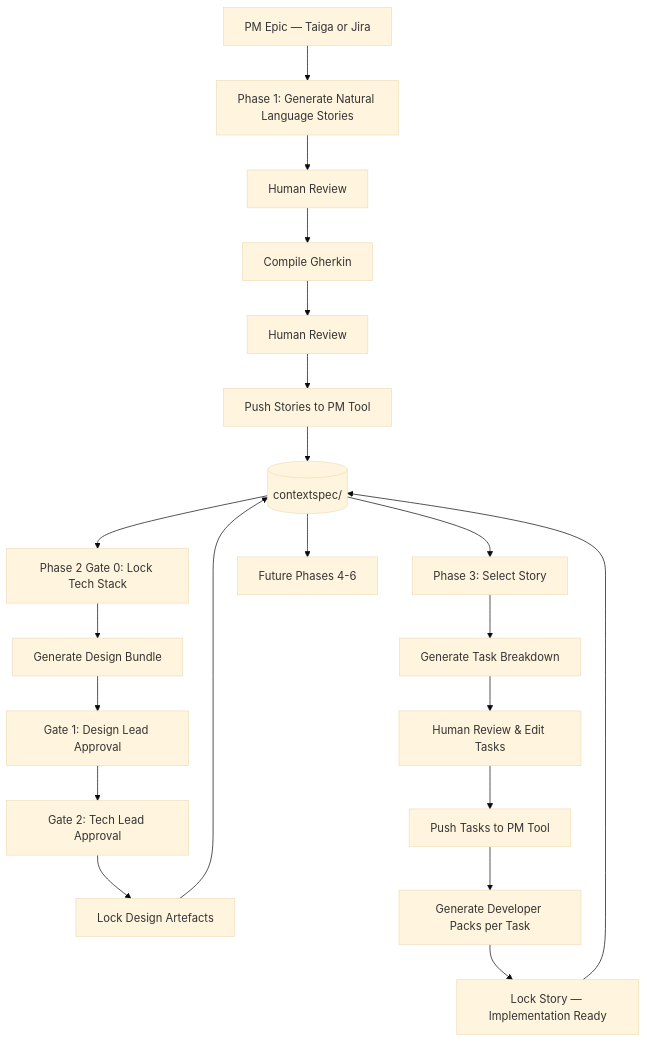
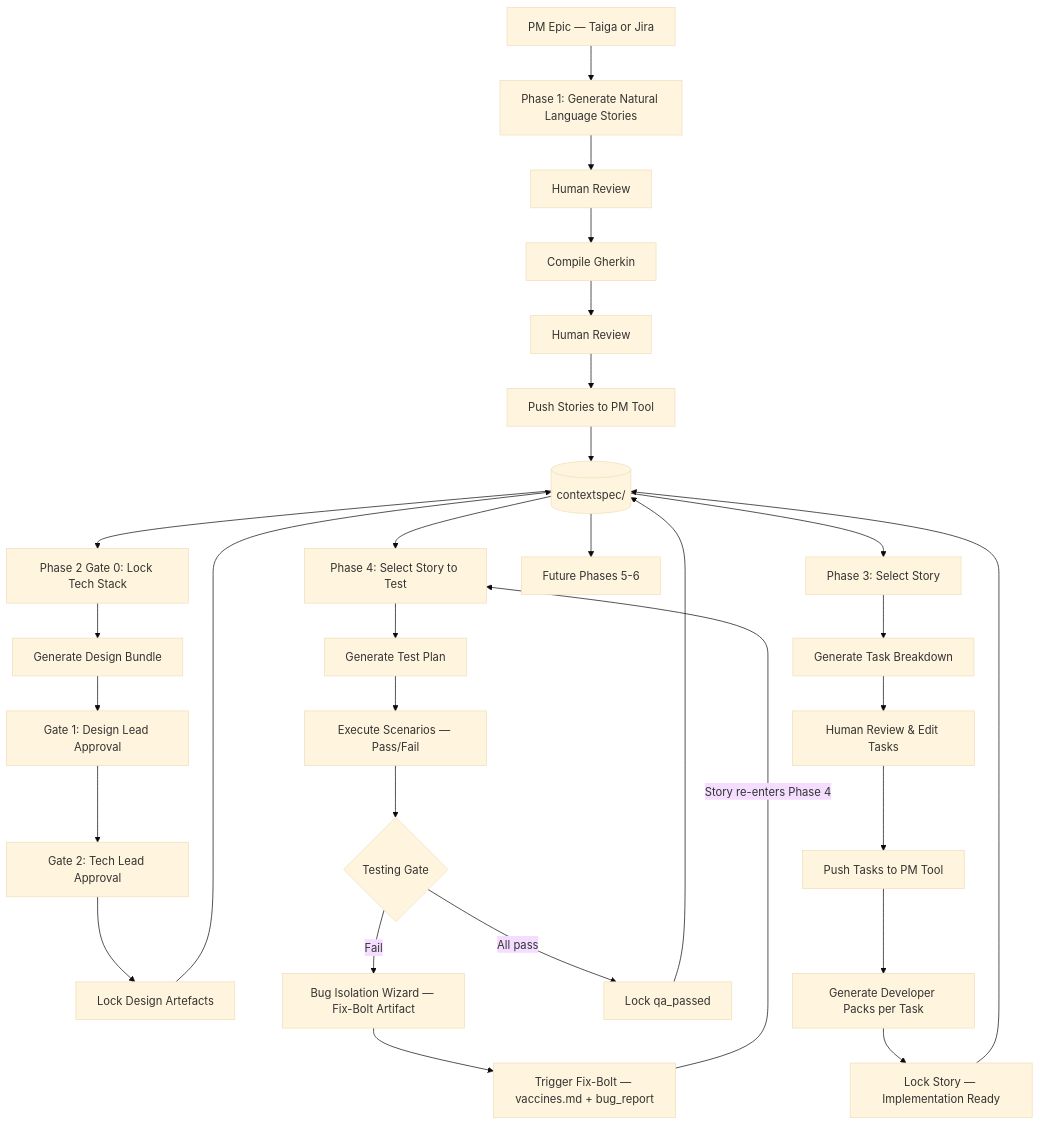
One commit to thomastabs/apex changed the diagram in README.md. Above: the diagram before and after it, drawn with Mermaid (base theme). The commit also changed other lines of this file, not shown here.

Commit message:
docs(readme): document Phase 4 — test plan, execution tracking, Fix-Bolt wizard

````diff
--- a/README.md
+++ b/README.md
@@ -18,26 +18,36 @@
 ```mermaid
 flowchart TD
     A[PM Epic — Taiga or Jira] --> B[Phase 1: Generate Natural Language Stories]
     B --> C[Human Review]
     C --> D[Compile Gherkin]
     D --> E[Human Review]
     E --> F[Push Stories to PM Tool]
     F --> G[(contextspec/<project_id>)]
 
     G --> H[Phase 2 Gate 0: Lock Tech Stack]
     H --> I[Generate Design Bundle]
     I --> J[Gate 1: Design Lead Approval]
     J --> K[Gate 2: Tech Lead Approval]
     K --> L[Lock Design Artefacts]
     L --> G
 
     G --> M[Phase 3: Select Story]
     M --> N[Generate Task Breakdown]
     N --> O[Human Review & Edit Tasks]
     O --> P[Push Tasks to PM Tool]
     P --> Q[Generate Developer Packs per Task]
     Q --> R[Lock Story — Implementation Ready]
     R --> G
 
-    G --> S[Future Phases 4-6]
+    G --> S[Phase 4: Select Story to Test]
+    S --> T[Generate Test Plan]
+    T --> U[Execute Scenarios — Pass/Fail]
+    U --> V{Testing Gate}
+    V -->|All pass| W[Lock qa_passed]
+    V -->|Fail| X[Bug Isolation Wizard — Fix-Bolt Artifact]
+    X --> Y[Trigger Fix-Bolt — vaccines.md + bug_report]
+    Y -->|Story re-enters Phase 4| S
+    W --> G
+
+    G --> Z[Future Phases 5-6]
 ```
````
